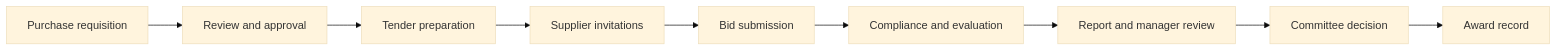
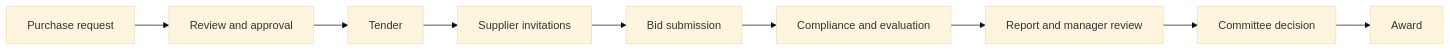
The diagram in README.md (M-Khasawneh/STMS), drawn with Mermaid (base theme) before and after one commit. The commit also changed other lines of this file, not shown here.

````diff
--- a/README.md
+++ b/README.md
@@ -121,11 +110,11 @@
 ```mermaid
 flowchart LR
-    A[Purchase requisition] --> B[Review and approval]
-    B --> C[Tender preparation]
+    A[Purchase request] --> B[Review and approval]
+    B --> C[Tender]
     C --> D[Supplier invitations]
     D --> E[Bid submission]
     E --> F[Compliance and evaluation]
     F --> G[Report and manager review]
     G --> H[Committee decision]
-    H --> I[Award record]
+    H --> I[Award]
 ```
````
